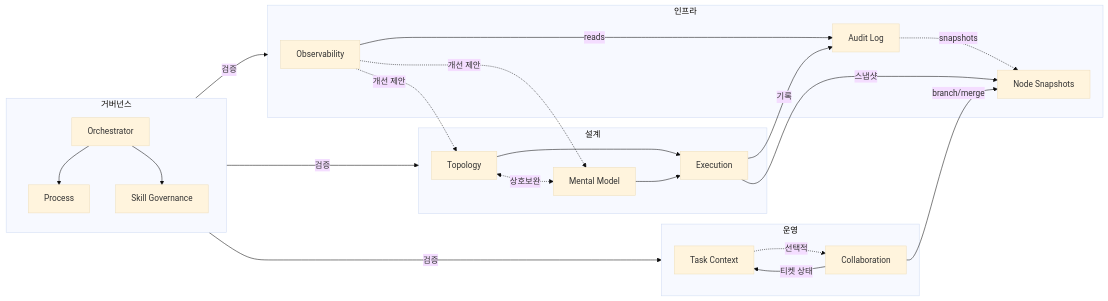
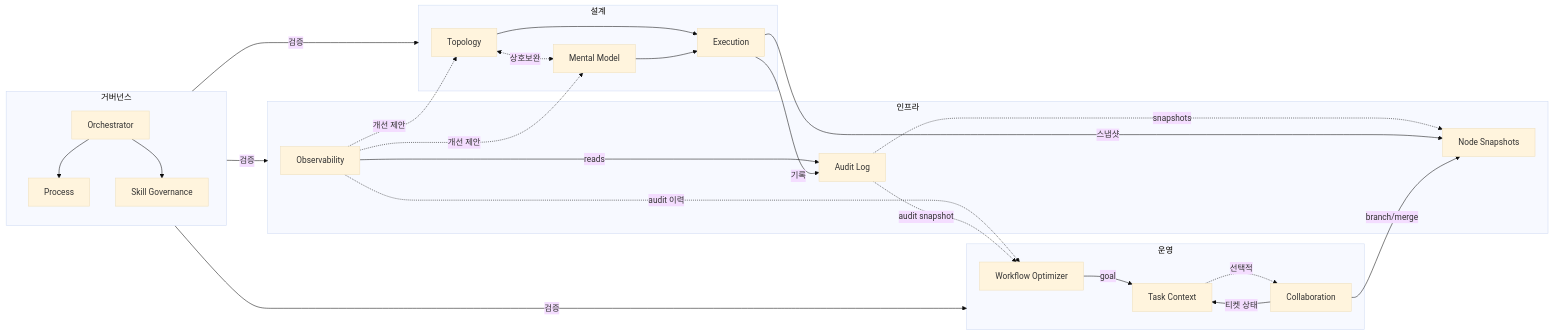
Before and after one commit to WMJOON/multi-swarm-orchestrator: the diagram in README.md, drawn with Mermaid (base theme). The commit also changed other lines of this file and 14 other files, not shown here.

First line of the commit message:
feat: add mso-workflow-optimizer skill (v0.0.6)

````diff
--- a/README.md
+++ b/README.md
@@ -6,27 +6,30 @@
 ```mermaid
 graph LR
     subgraph Design ["설계"]
         S00["Topology"] <-.->|상호보완| S01["Mental Model"]
         S00 & S01 --> S02["Execution"]
     end
     subgraph Ops ["운영"]
         S03["Task Context"] -.->|선택적| S04["Collaboration"]
+        S10["Workflow Optimizer"] -->|goal| S03
     end
     subgraph Infra ["인프라"]
         S06["Observability"] -->|reads| S05["Audit Log"]
         S05 -.->|snapshots| SNAP["Node Snapshots"]
     end
     subgraph Gov ["거버넌스"]
         S07["Orchestrator"] --> S08["Process"]
         S07 --> S09["Skill Governance"]
     end
     S02 -->|기록| S05
     S02 -->|스냅샷| SNAP
     S06 -.->|개선 제안| S00
     S06 -.->|개선 제안| S01
+    S06 -.->|audit 이력| S10
+    S05 -.->|audit snapshot| S10
     S04 -->|티켓 상태| S03
     S04 -->|branch/merge| SNAP
     Gov -->|검증| Design
     Gov -->|검증| Ops
     Gov -->|검증| Infra
 ```
````
